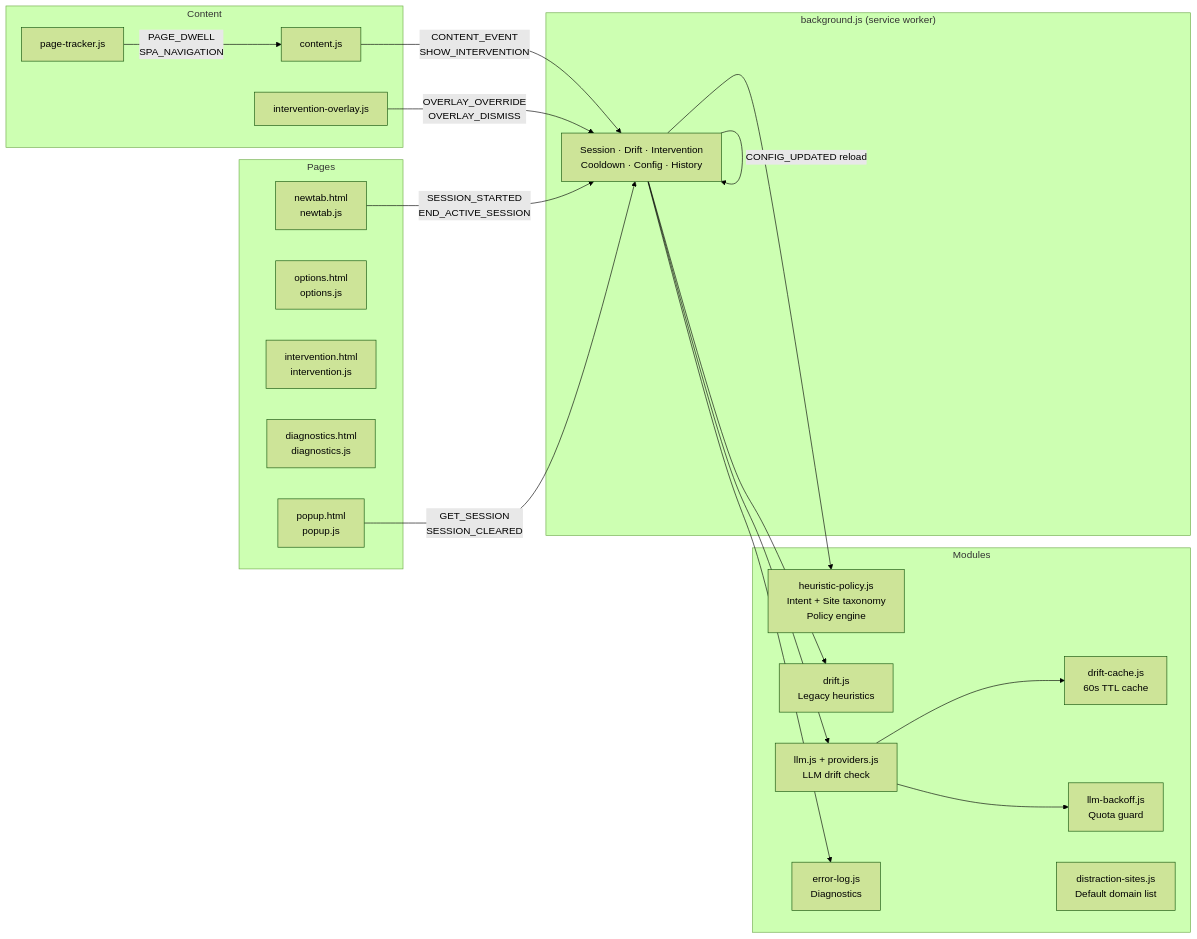
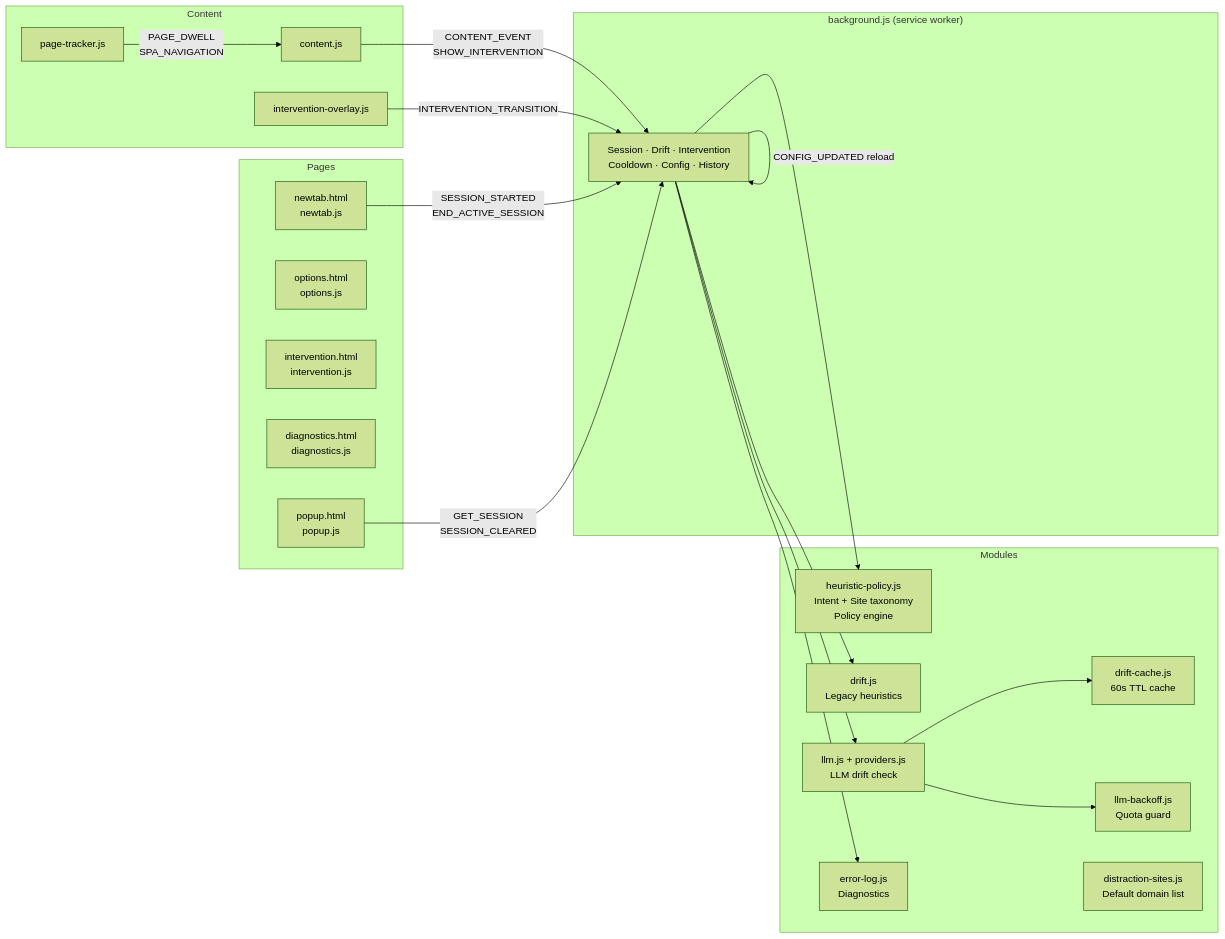
The second of 3 diagrams in README.md (harshabala/IntentLock), drawn with Mermaid (forest theme) before and after one commit. The commit also changed other lines of this file and 49 other files, not shown here.

````diff
--- a/README.md
+++ b/README.md
@@ -62,43 +62,43 @@
 ```mermaid
 graph LR
     subgraph Pages
         NT[newtab.html\nnewtab.js]
         OPT[options.html\noptions.js]
         INT[intervention.html\nintervention.js]
         DIAG[diagnostics.html\ndiagnostics.js]
         POP[popup.html\npopup.js]
     end
 
     subgraph Content
         CS[content.js]
         PT[page-tracker.js]
         OV[intervention-overlay.js]
     end
 
     subgraph Background["background.js (service worker)"]
         BG[Session · Drift · Intervention\nCooldown · Config · History]
     end
 
     subgraph Modules
         HP[heuristic-policy.js\nIntent + Site taxonomy\nPolicy engine]
         DR[drift.js\nLegacy heuristics]
         LLM[llm.js + providers.js\nLLM drift check]
         DC[drift-cache.js\n60s TTL cache]
         EL[error-log.js\nDiagnostics]
         LB[llm-backoff.js\nQuota guard]
         DS[distraction-sites.js\nDefault domain list]
     end
 
     CS -->|CONTENT_EVENT\nSHOW_INTERVENTION| BG
     PT -->|PAGE_DWELL\nSPA_NAVIGATION| CS
-    OV -->|OVERLAY_OVERRIDE\nOVERLAY_DISMISS| BG
+    OV -->|INTERVENTION_TRANSITION| BG
     NT -->|SESSION_STARTED\nEND_ACTIVE_SESSION| BG
     POP -->|GET_SESSION\nSESSION_CLEARED| BG
     BG -->|CONFIG_UPDATED reload| BG
     BG --> HP
     BG --> DR
     BG --> LLM
     LLM --> DC
     LLM --> LB
     BG --> EL
 ```
````
